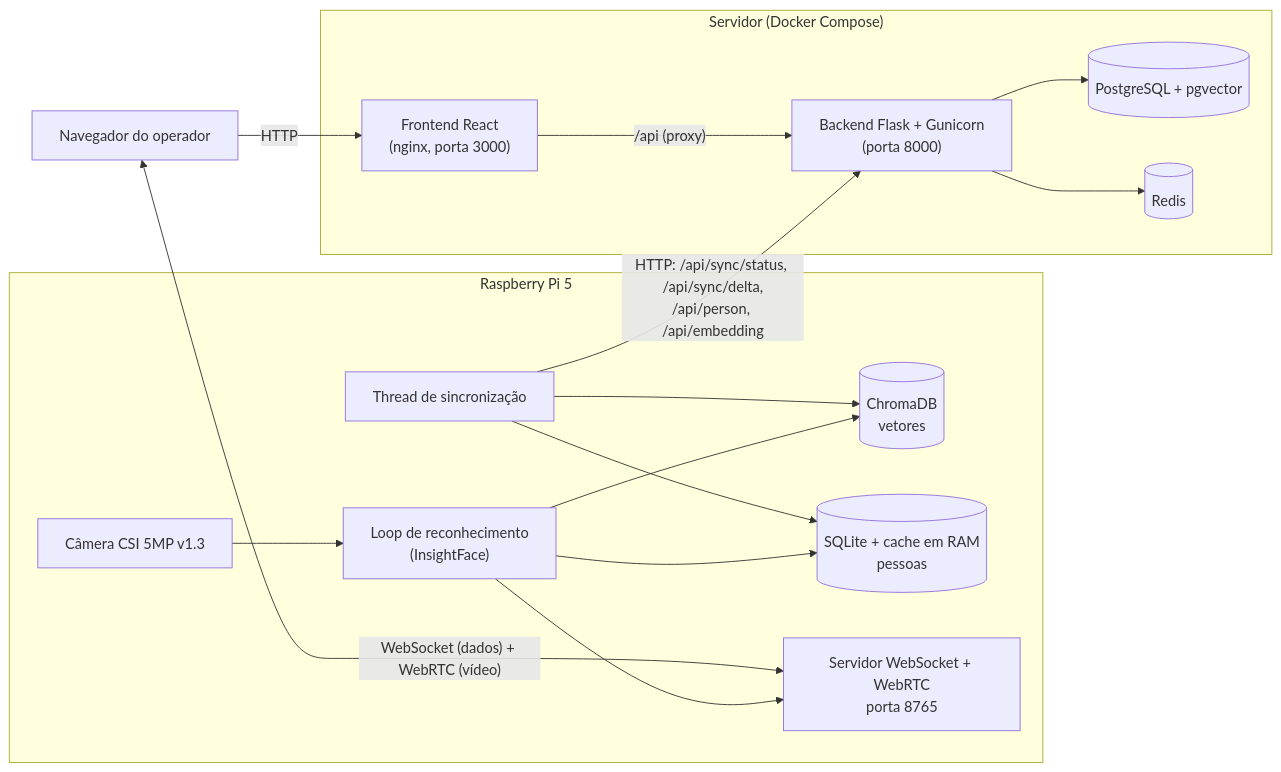
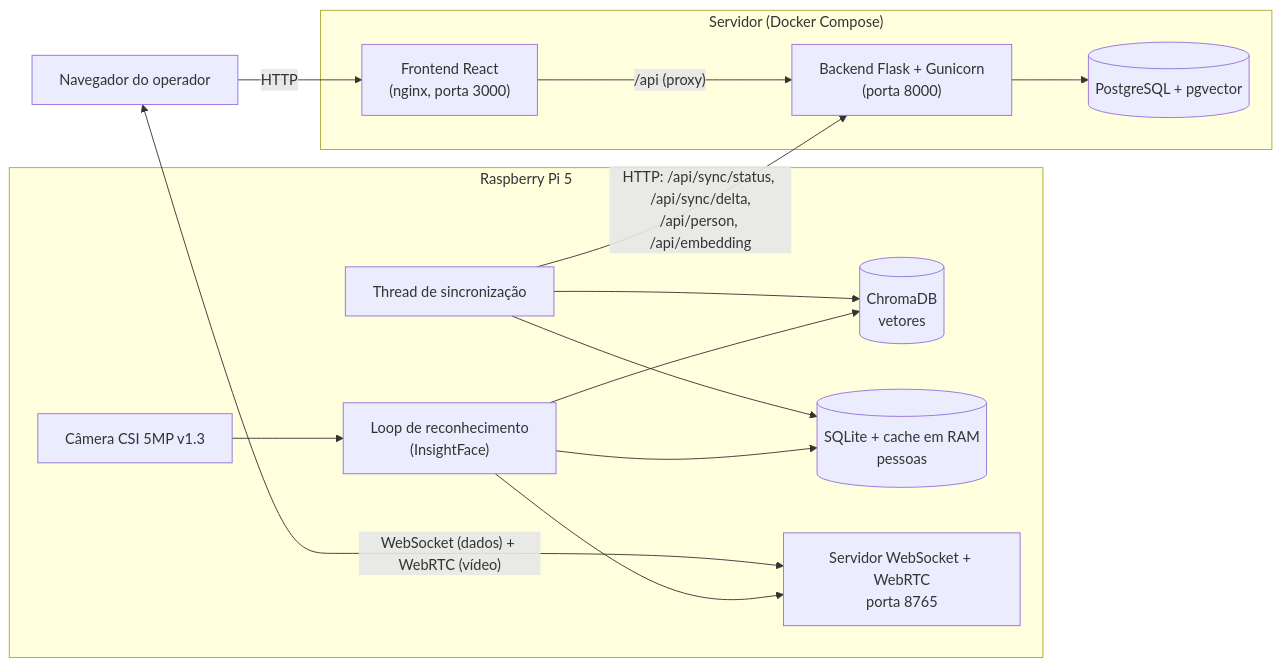
Before and after one commit to lucasMarino7/Vision-Face: the diagram in README.md, drawn with Mermaid. The commit also changed other lines of this file and 6 other files, not shown here.

````diff
--- a/README.md
+++ b/README.md
@@ -43,25 +43,23 @@
 ```mermaid
 flowchart LR
     subgraph RASP["Raspberry Pi 5"]
         CAM["Câmera CSI 5MP v1.3"] --> LOOP["Loop de reconhecimento<br/>(InsightFace)"]
         LOOP --> CHROMA[("ChromaDB<br/>vetores")]
         LOOP --> CACHE[("SQLite + cache em RAM<br/>pessoas")]
         SYNC["Thread de sincronização"] --> CHROMA
         SYNC --> CACHE
         LOOP --> WS["Servidor WebSocket + WebRTC<br/>porta 8765"]
     end
 
     subgraph DOCKER["Servidor (Docker Compose)"]
         FRONT["Frontend React<br/>(nginx, porta 3000)"]
         BACK["Backend Flask + Gunicorn<br/>(porta 8000)"]
         PG[("PostgreSQL + pgvector")]
-        REDIS[("Redis")]
         FRONT -- "/api (proxy)" --> BACK
         BACK --> PG
-        BACK --> REDIS
     end
 
     SYNC -- "HTTP: /api/sync/status, /api/sync/delta,<br/>/api/person, /api/embedding" --> BACK
     BROWSER["Navegador do operador"] -- "HTTP" --> FRONT
     BROWSER <-- "WebSocket (dados) + WebRTC (vídeo)" --> WS
 ```
````
